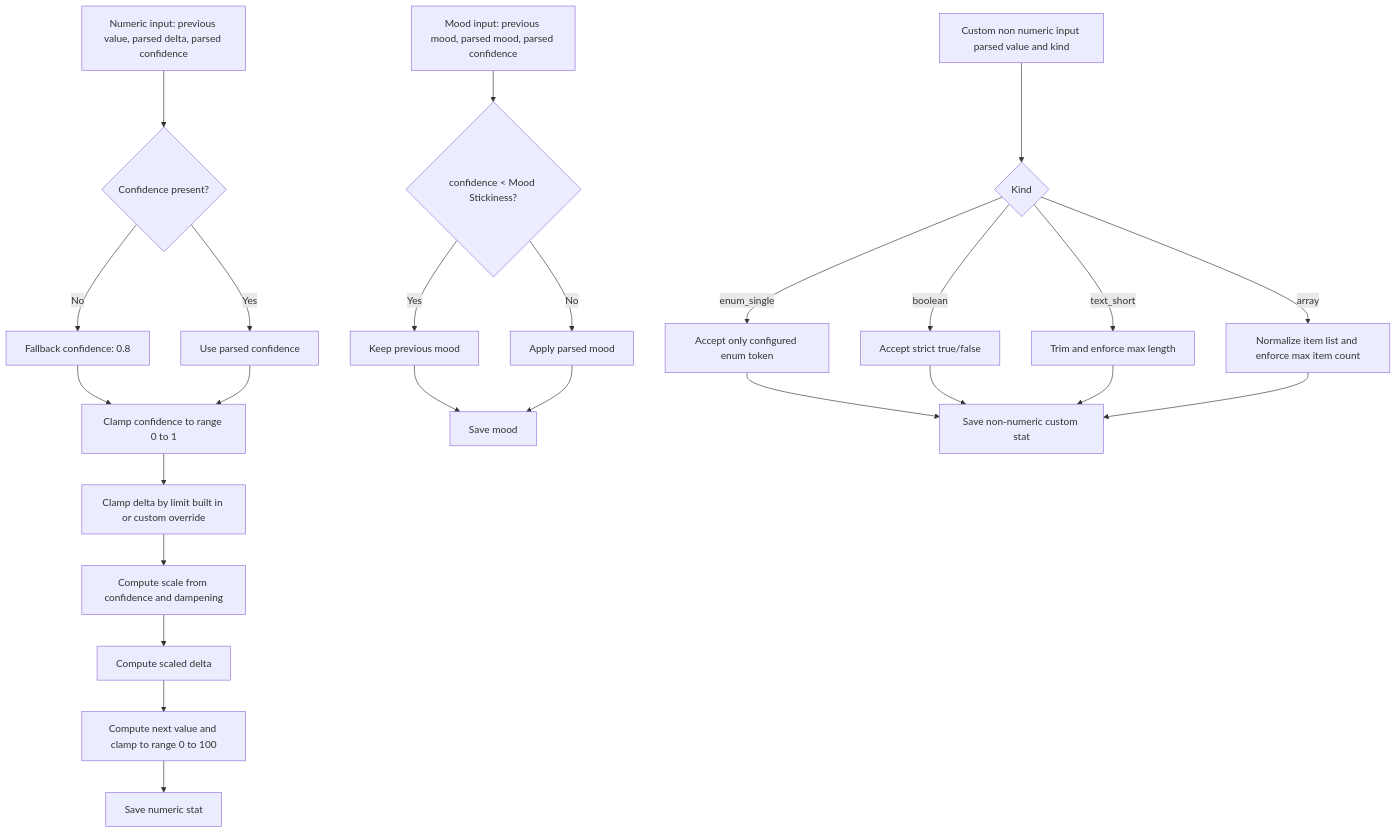
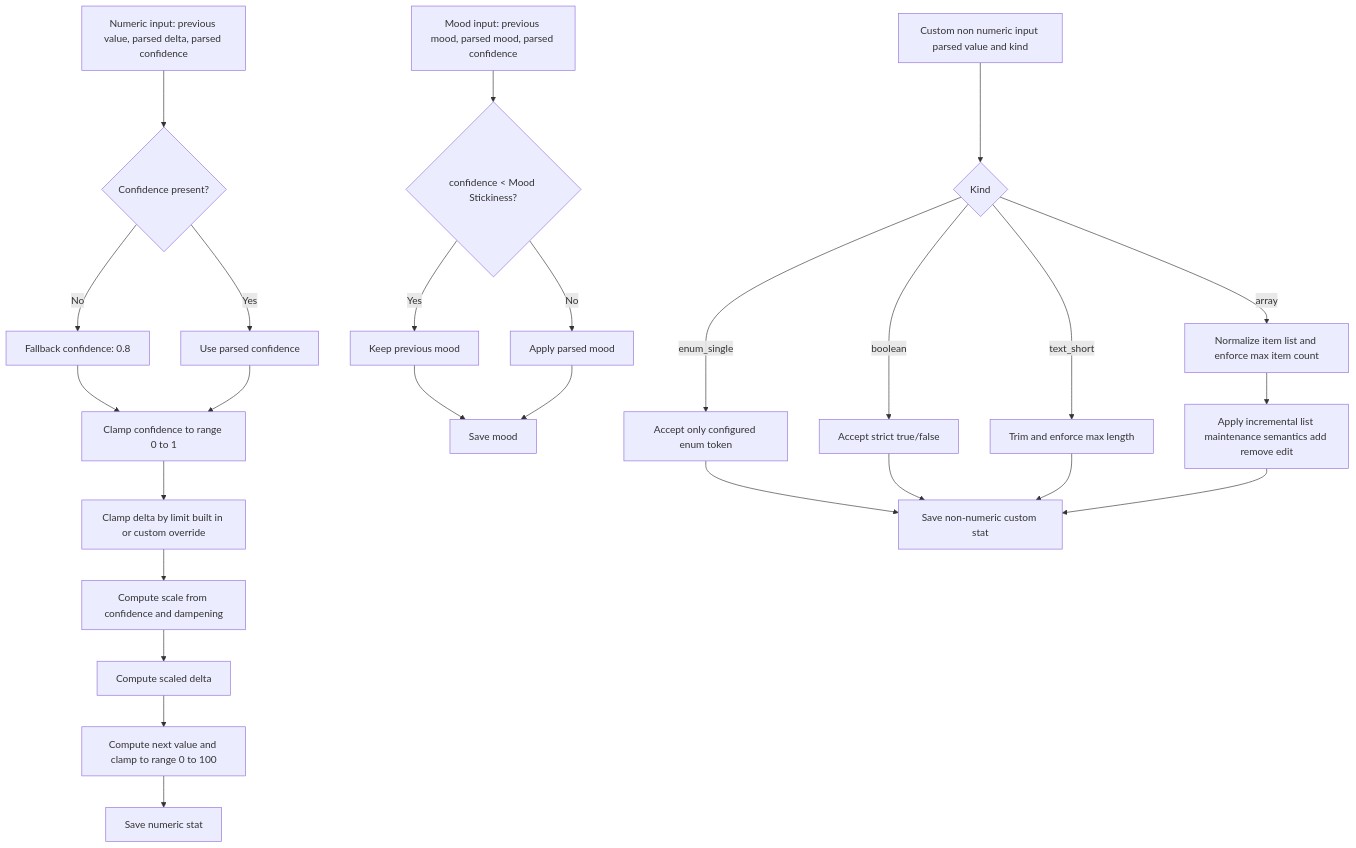
Before and after one commit to ghostd93/BetterSimTracker: the second of 2 diagrams in README.md, drawn with Mermaid. The commit also changed other lines of this file, not shown here.

Commit message:
docs(readme): update flowcharts for private scope and recovery paths

````diff
--- a/README.md
+++ b/README.md
@@ -162,27 +164,28 @@
 ```mermaid
 flowchart TD
   A[Numeric input: previous value, parsed delta, parsed confidence] --> B{Confidence present?}
   B -- No --> C[Fallback confidence: 0.8]
   B -- Yes --> D[Use parsed confidence]
   C --> E[Clamp confidence to range 0 to 1]
   D --> E
   E --> F[Clamp delta by limit built in or custom override]
   F --> G[Compute scale from confidence and dampening]
   G --> H[Compute scaled delta]
   H --> I[Compute next value and clamp to range 0 to 100]
   I --> J[Save numeric stat]
   K[Mood input: previous mood, parsed mood, parsed confidence] --> L{confidence < Mood Stickiness?}
   L -- Yes --> M[Keep previous mood]
   L -- No --> N[Apply parsed mood]
   M --> O[Save mood]
   N --> O
   P[Custom non numeric input parsed value and kind] --> Q{Kind}
   Q -- enum_single --> R[Accept only configured enum token]
   Q -- boolean --> S[Accept strict true/false]
   Q -- text_short --> T[Trim and enforce max length]
   Q -- array --> T2[Normalize item list and enforce max item count]
+  T2 --> T3[Apply incremental list maintenance semantics add remove edit]
   R --> U[Save non-numeric custom stat]
   S --> U
   T --> U
-  T2 --> U
+  T3 --> U
 ```
````
